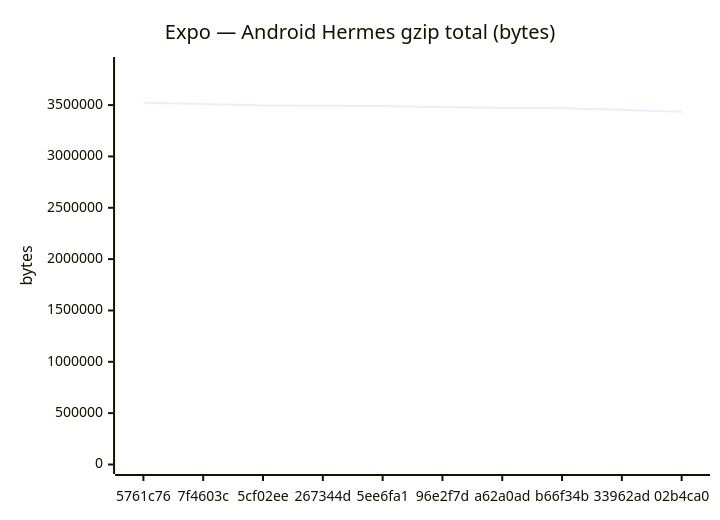
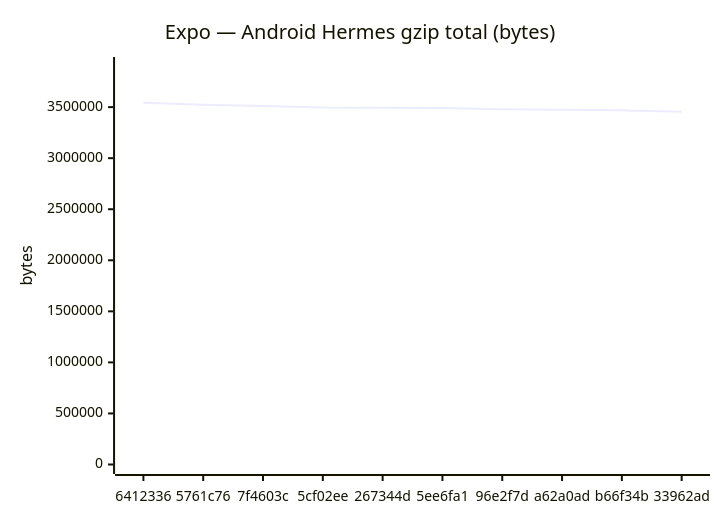
The fifth of 18 diagrams in benchmarks/compare.md (Metaheurist/Rianell), drawn with Mermaid before and after one commit. The commit also changed other lines of this file and 11 other files, not shown here.

````diff
--- a/benchmarks/compare.md
+++ b/benchmarks/compare.md
@@ -89,7 +89,7 @@
 ```mermaid
 xychart-beta
     title "Expo — Android Hermes gzip total (bytes)"
-    x-axis ["5761c76", "7f4603c", "5cf02ee", "267344d", "5ee6fa1", "96e2f7d", "a62a0ad", "b66f34b", "33962ad", "02b4ca0"]
-    y-axis "bytes" 0 --> 3875896
-    line [3523541, 3511474, 3496393, 3494445, 3491111, 3478911, 3474606, 3468338, 3454266, 3434635]
+    x-axis ["6412336", "5761c76", "7f4603c", "5cf02ee", "267344d", "5ee6fa1", "96e2f7d", "a62a0ad", "b66f34b", "33962ad"]
+    y-axis "bytes" 0 --> 3897820
+    line [3543472, 3523541, 3511474, 3496393, 3494445, 3491111, 3478911, 3474606, 3468338, 3454266]
 ```
````
